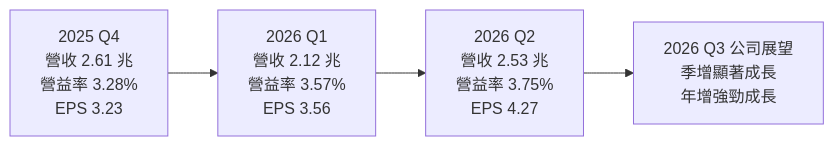
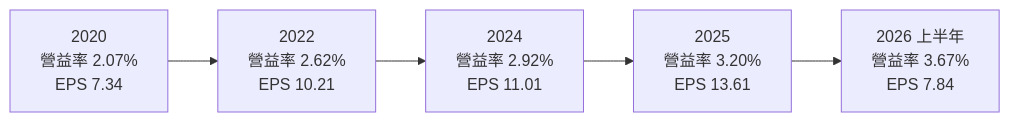
Before and after one commit to wangnick1004/taiwan-stock-vault: the third of 4 diagrams in 個股/台股/2317鴻海.md, drawn with Mermaid. The commit also changed other lines of this file and 6 other files, not shown here.

````diff
--- a/個股/台股/2317鴻海.md
+++ b/個股/台股/2317鴻海.md
@@ -146,4 +151,4 @@
 ```mermaid
 flowchart LR
-    Q4["2025 Q4<br/>營收 2.61 兆<br/>營益率 3.28%<br/>EPS 3.23"] --> Q1["2026 Q1<br/>營收 2.12 兆<br/>營益率 3.57%<br/>EPS 3.56"] --> Q2["2026 Q2<br/>營收 2.53 兆<br/>營益率 3.75%<br/>EPS 4.27"] --> Q3["2026 Q3 公司展望<br/>季增顯著成長<br/>年增強勁成長"]
+    Y20["2020<br/>營益率 2.07%<br/>EPS 7.34"] --> Y22["2022<br/>營益率 2.62%<br/>EPS 10.21"] --> Y24["2024<br/>營益率 2.92%<br/>EPS 11.01"] --> Y25["2025<br/>營益率 3.20%<br/>EPS 13.61"] --> H26["2026 上半年<br/>營益率 3.67%<br/>EPS 7.84"]
 ```
````
